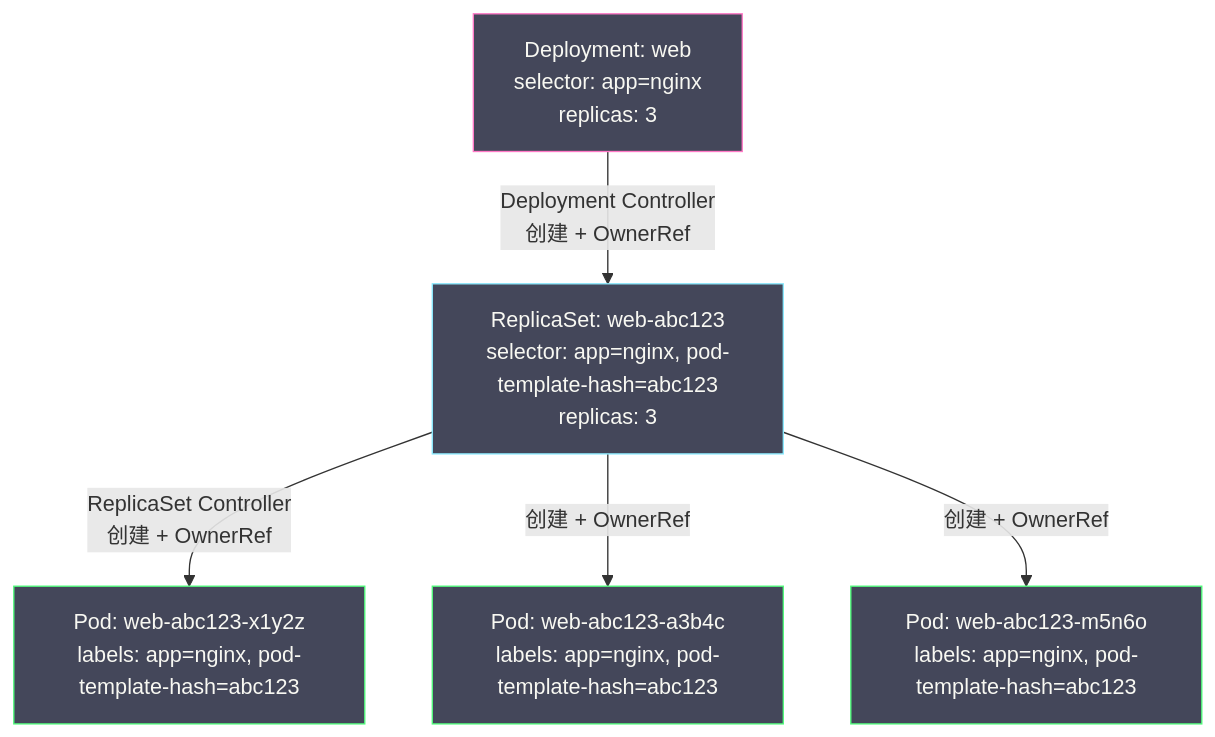
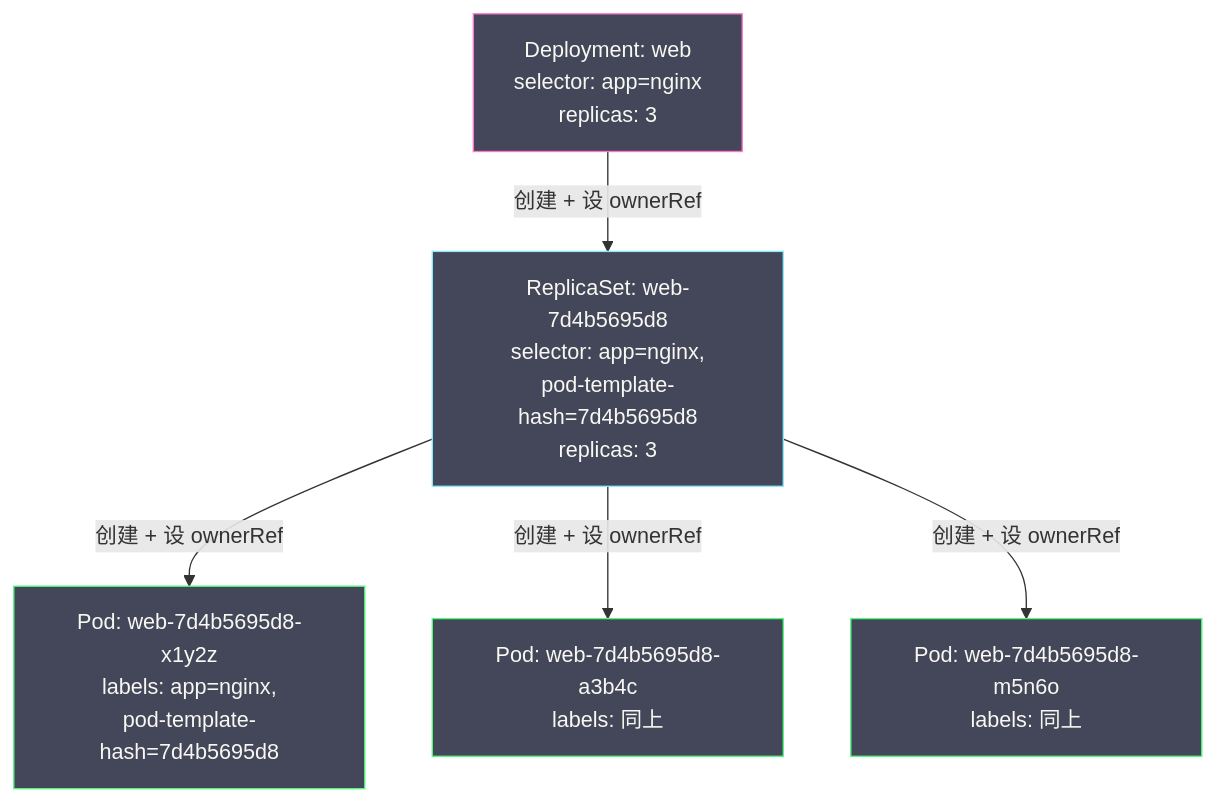
Before and after one commit to hpliStartAgain/my-brain: the second of 5 diagrams in content/云原生/Kubernetes/kubernetes架构原则和对象设计/04 Label Selector 与松耦合设计.md, drawn with Mermaid. The commit also changed other lines of this file and 24 other files, not shown here.

````diff
--- a/content/云原生/Kubernetes/kubernetes架构原则和对象设计/04 Label Selector 与松耦合设计.md
+++ b/content/云原生/Kubernetes/kubernetes架构原则和对象设计/04 Label Selector 与松耦合设计.md
@@ -209,22 +380,22 @@
 ```mermaid
 %%{init: {'theme': 'dracula'}}%%
 graph TD
-    DEP["Deployment: web</br>selector: app=nginx</br>replicas: 3"]
-    RS["ReplicaSet: web-abc123</br>selector: app=nginx, pod-template-hash=abc123</br>replicas: 3"]
-    P1["Pod: web-abc123-x1y2z</br>labels: app=nginx, pod-template-hash=abc123"]
-    P2["Pod: web-abc123-a3b4c</br>labels: app=nginx, pod-template-hash=abc123"]
-    P3["Pod: web-abc123-m5n6o</br>labels: app=nginx, pod-template-hash=abc123"]
+    DEP["Deployment: web<br/>selector: app=nginx<br/>replicas: 3"]
+    RS1["ReplicaSet: web-7d4b5695d8<br/>selector: app=nginx,<br/>pod-template-hash=7d4b5695d8<br/>replicas: 3"]
+    P1["Pod: web-7d4b5695d8-x1y2z<br/>labels: app=nginx,<br/>pod-template-hash=7d4b5695d8"]
+    P2["Pod: web-7d4b5695d8-a3b4c<br/>labels: 同上"]
+    P3["Pod: web-7d4b5695d8-m5n6o<br/>labels: 同上"]
 
-    DEP -->|"Deployment Controller</br>创建 + OwnerRef"| RS
-    RS -->|"ReplicaSet Controller</br>创建 + OwnerRef"| P1
-    RS -->|"创建 + OwnerRef"| P2
-    RS -->|"创建 + OwnerRef"| P3
+    DEP -->|"创建 + 设 ownerRef"| RS1
+    RS1 -->|"创建 + 设 ownerRef"| P1
+    RS1 -->|"创建 + 设 ownerRef"| P2
+    RS1 -->|"创建 + 设 ownerRef"| P3
 
     classDef dep fill:#44475a,stroke:#ff79c6,color:#f8f8f2
     classDef rs fill:#44475a,stroke:#8be9fd,color:#f8f8f2
     classDef pod fill:#44475a,stroke:#50fa7b,color:#f8f8f2
 
     class DEP dep
-    class RS rs
+    class RS1 rs
     class P1,P2,P3 pod
 ```
````
